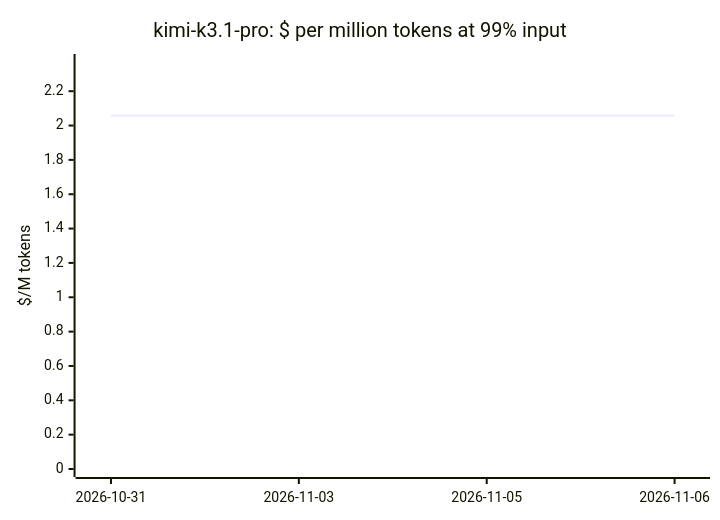
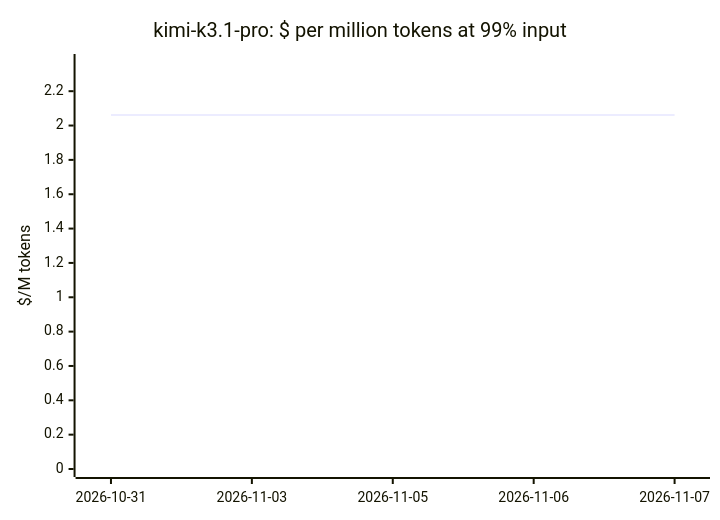
The tenth of 20 diagrams in docs/openrouter-models.md (cklukas/OMEGA_TRANSFORM), drawn with Mermaid before and after one commit. The commit also changed other lines of this file and 68 other files, not shown here.

````diff
--- a/docs/openrouter-models.md
+++ b/docs/openrouter-models.md
@@ -232,7 +221,7 @@
 ```mermaid
 xychart-beta
     title "kimi-k3.1-pro: $ per million tokens at 99% input"
-    x-axis ["2026-10-31", "2026-11-03", "2026-11-05", "2026-11-06"]
+    x-axis ["2026-10-31", "2026-11-03", "2026-11-05", "2026-11-06", "2026-11-07"]
     y-axis "$/M tokens" 0 --> 2.37
-    line [2.058, 2.058, 2.058, 2.058]
+    line [2.061, 2.061, 2.061, 2.061, 2.061]
 ```
````
